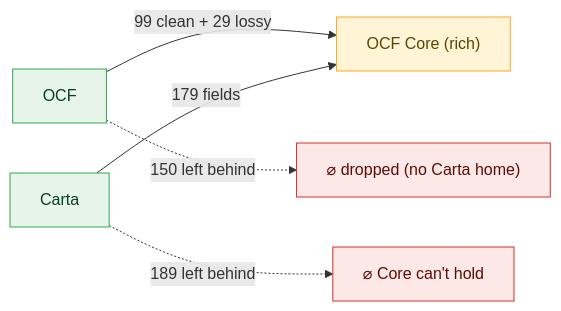
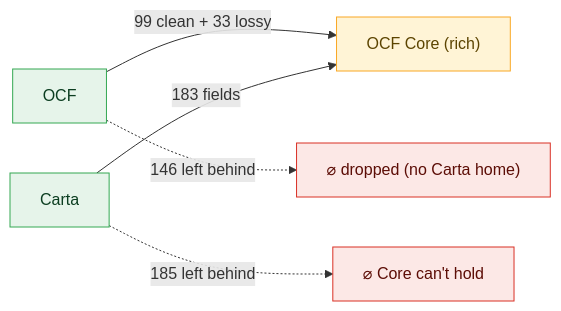
One commit to Open-Cap-Table-Coalition/OCF-Composed-Schemas changed the first of 47 diagrams in docs/core-bidirectional-flow.md. Above: the diagram before and after it, drawn with Mermaid. The commit also changed other lines of this file and 12 other files, not shown here.

````diff
--- a/docs/core-bidirectional-flow.md
+++ b/docs/core-bidirectional-flow.md
@@ -11,11 +11,11 @@
 ```mermaid
 flowchart LR
   classDef core fill:#fff4d6,stroke:#f9a825,color:#5c4400;
   classDef in fill:#e6f4ea,stroke:#34a853,color:#0b3d20;
   classDef out fill:#fce8e6,stroke:#d93025,color:#5c0d06;
-  OCF["OCF"]:::in -->|"99 clean + 29 lossy"| CORE
-  OCF -.->|"150 left behind"| ocfvoid["⌀ dropped (no Carta home)"]:::out
+  OCF["OCF"]:::in -->|"99 clean + 33 lossy"| CORE
+  OCF -.->|"146 left behind"| ocfvoid["⌀ dropped (no Carta home)"]:::out
   CORE["OCF Core (rich)"]:::core
-  Carta["Carta"]:::in -->|"179 fields"| CORE
-  Carta -.->|"189 left behind"| cartavoid["⌀ Core can't hold"]:::out
+  Carta["Carta"]:::in -->|"183 fields"| CORE
+  Carta -.->|"185 left behind"| cartavoid["⌀ Core can't hold"]:::out
 ```
````
